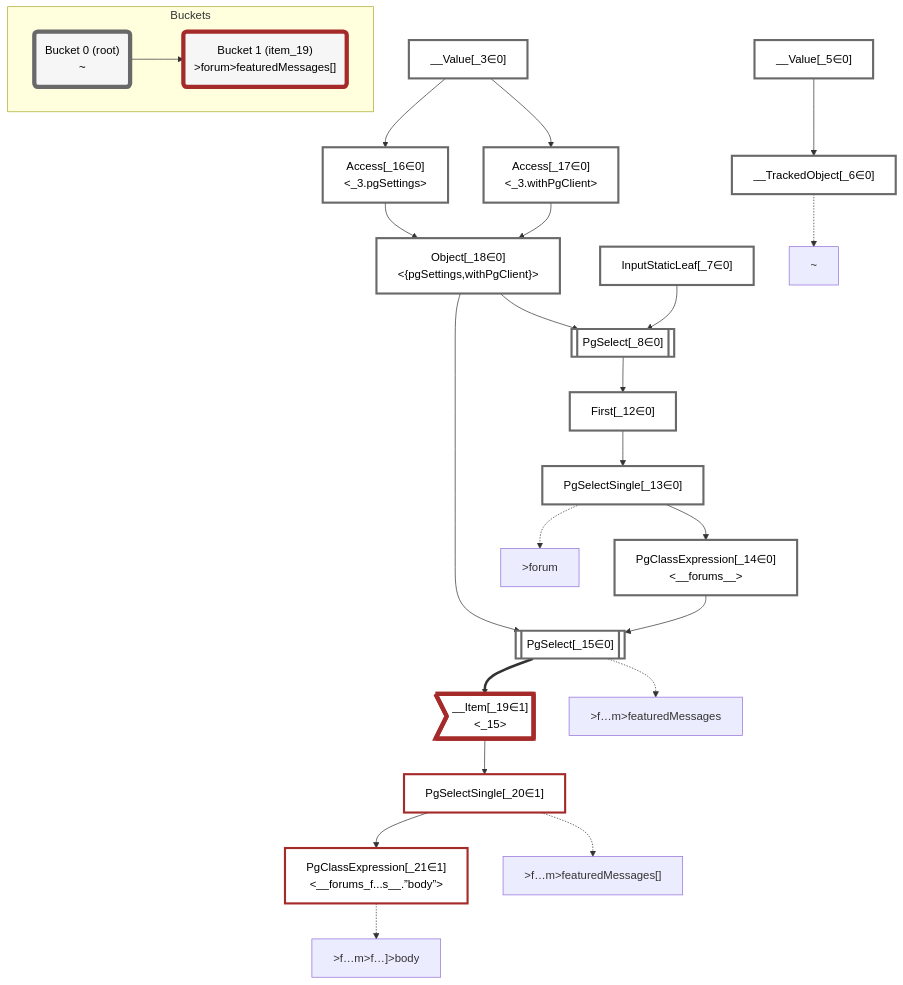
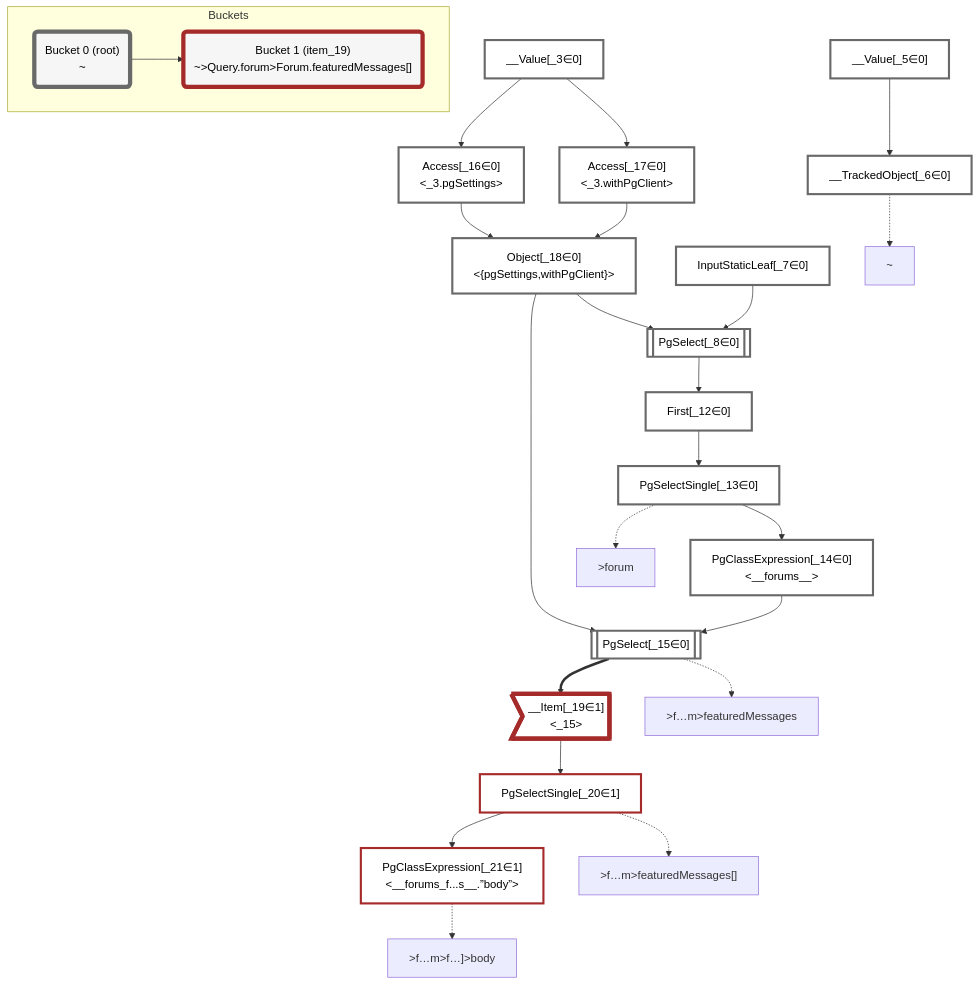
One commit to graphile/crystal changed the diagram in packages/dataplan-pg/__tests__/queries/functions/computed-column-setof-message.deopt.mermaid.md. Above: the diagram before and after it, drawn with Mermaid. The commit also changed 141 other files, not shown here.

````diff
--- a/packages/dataplan-pg/__tests__/queries/functions/computed-column-setof-message.deopt.mermaid.md
+++ b/packages/dataplan-pg/__tests__/queries/functions/computed-column-setof-message.deopt.mermaid.md
@@ -1,69 +1,69 @@
 ```mermaid
 graph TD
     classDef path fill:#eee,stroke:#000,color:#000
     classDef plan fill:#fff,stroke-width:3px,color:#000
     classDef itemplan fill:#fff,stroke-width:6px,color:#000
     classDef sideeffectplan fill:#f00,stroke-width:6px,color:#000
     classDef bucket fill:#f6f6f6,color:#000,stroke-width:6px
 
 
     %% define plans
     __Value_3["__Value[_3∈0]<br /><context>"]:::plan
     __Value_5["__Value[_5∈0]<br /><rootValue>"]:::plan
     __TrackedObject_6["__TrackedObject[_6∈0]"]:::plan
     InputStaticLeaf_7["InputStaticLeaf[_7∈0]"]:::plan
     PgSelect_8[["PgSelect[_8∈0]<br /><forums>"]]:::plan
     First_12["First[_12∈0]"]:::plan
     PgSelectSingle_13["PgSelectSingle[_13∈0]<br /><forums>"]:::plan
     PgClassExpression_14["PgClassExpression[_14∈0]<br /><__forums__>"]:::plan
     PgSelect_15[["PgSelect[_15∈0]<br /><forums_featured_messages>"]]:::plan
     Access_16["Access[_16∈0]<br /><_3.pgSettings>"]:::plan
     Access_17["Access[_17∈0]<br /><_3.withPgClient>"]:::plan
     Object_18["Object[_18∈0]<br /><{pgSettings,withPgClient}>"]:::plan
     __Item_19>"__Item[_19∈1]<br /><_15>"]:::itemplan
     PgSelectSingle_20["PgSelectSingle[_20∈1]<br /><forums_featured_messages>"]:::plan
     PgClassExpression_21["PgClassExpression[_21∈1]<br /><__forums_f...s__.”body”>"]:::plan
 
     %% plan dependencies
     __Value_5 --> __TrackedObject_6
     Object_18 --> PgSelect_8
     InputStaticLeaf_7 --> PgSelect_8
     PgSelect_8 --> First_12
     First_12 --> PgSelectSingle_13
     PgSelectSingle_13 --> PgClassExpression_14
     Object_18 --> PgSelect_15
     PgClassExpression_14 --> PgSelect_15
     __Value_3 --> Access_16
     __Value_3 --> Access_17
     Access_16 --> Object_18
     Access_17 --> Object_18
     PgSelect_15 ==> __Item_19
     __Item_19 --> PgSelectSingle_20
     PgSelectSingle_20 --> PgClassExpression_21
 
     %% plan-to-path relationships
     P1["~"]
     __TrackedObject_6 -.-> P1
     P2[">forum"]
     PgSelectSingle_13 -.-> P2
     P3[">f…m>featuredMessages"]
     PgSelect_15 -.-> P3
     P4[">f…m>featuredMessages[]"]
     PgSelectSingle_20 -.-> P4
     P5[">f…m>f…]>body"]
     PgClassExpression_21 -.-> P5
 
     %% allocate buckets
     classDef bucket0 stroke:#696969
     class __Value_3,__Value_5,__TrackedObject_6,InputStaticLeaf_7,PgSelect_8,First_12,PgSelectSingle_13,PgClassExpression_14,PgSelect_15,Access_16,Access_17,Object_18 bucket0
     classDef bucket1 stroke:#a52a2a
     class __Item_19,PgSelectSingle_20,PgClassExpression_21 bucket1
 
     subgraph Buckets
     Bucket0("Bucket 0 (root)<br />~"):::bucket
     style Bucket0 stroke:#696969
-    Bucket1("Bucket 1 (item_19)<br />>forum>featuredMessages[]"):::bucket
+    Bucket1("Bucket 1 (item_19)<br />~>Query.forum>Forum.featuredMessages[]"):::bucket
     style Bucket1 stroke:#a52a2a
     Bucket0 --> Bucket1
     end
 ```
````
